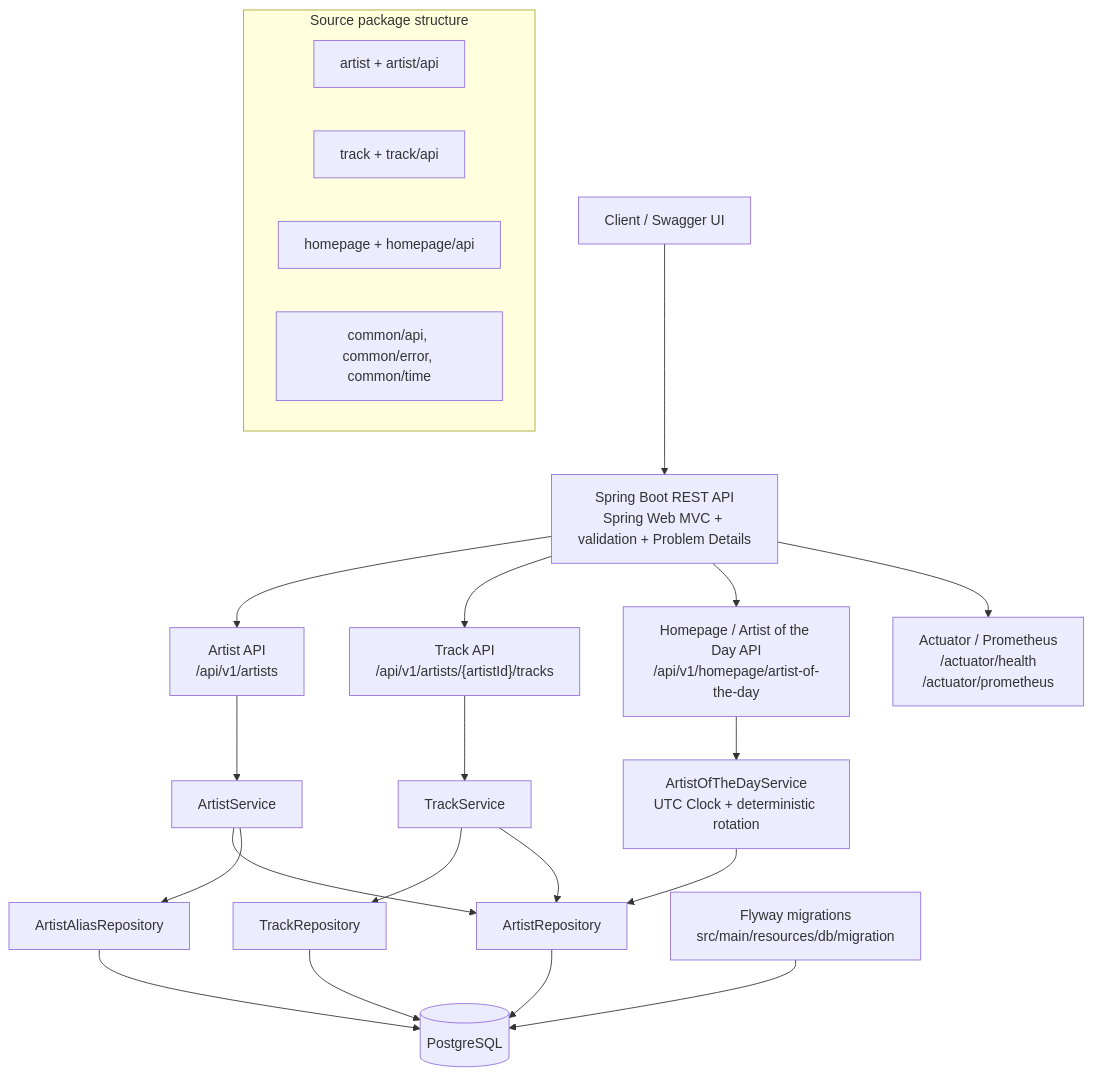
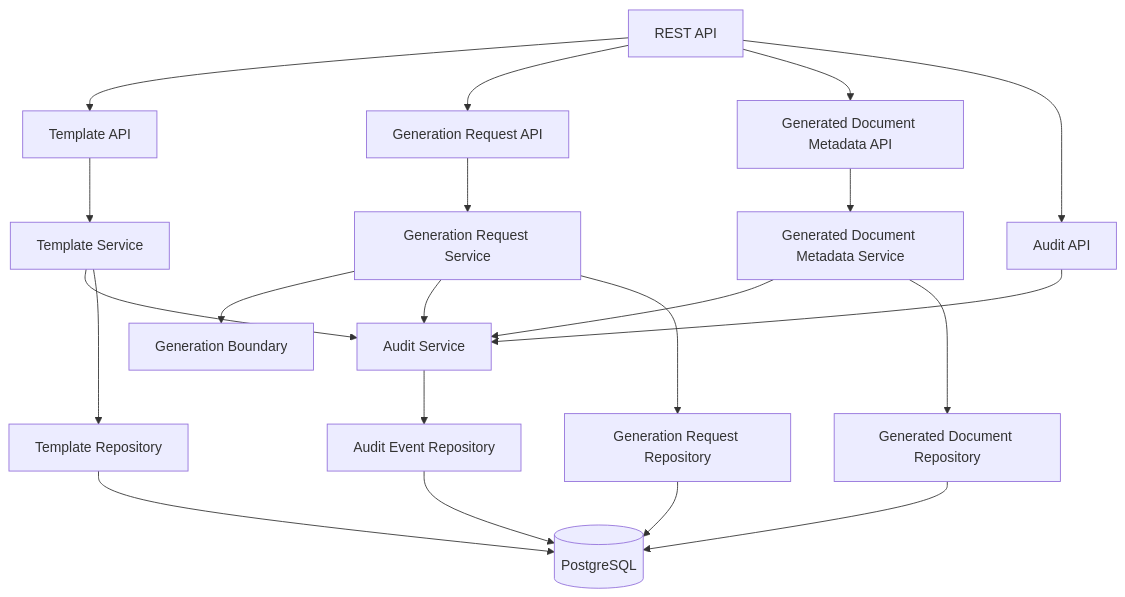
The second of 6 diagrams in docs/DIAGRAMS.md (jadelomeiri/document-generator-service), drawn with Mermaid before and after one commit. The commit also changed other lines of this file and 11 other files, not shown here.

````diff
--- a/docs/DIAGRAMS.md
+++ b/docs/DIAGRAMS.md
@@ -7,32 +19,27 @@
 ```mermaid
 flowchart TB
-    client["Client / Swagger UI"] --> rest["Spring Boot REST API\nSpring Web MVC + validation + Problem Details"]
+    rest["REST API"] --> templateApi["Template API"]
+    rest --> requestApi["Generation Request API"]
+    rest --> documentApi["Generated Document Metadata API"]
+    rest --> auditApi["Audit API"]
 
-    rest --> artistApi["Artist API\n/api/v1/artists"]
-    rest --> trackApi["Track API\n/api/v1/artists/{artistId}/tracks"]
-    rest --> homepageApi["Homepage / Artist of the Day API\n/api/v1/homepage/artist-of-the-day"]
-    rest --> actuator["Actuator / Prometheus\n/actuator/health\n/actuator/prometheus"]
+    templateApi --> templateService["Template Service"]
+    requestApi --> requestService["Generation Request Service"]
+    documentApi --> documentService["Generated Document Metadata Service"]
+    auditApi --> auditService["Audit Service"]
 
-    artistApi --> artistService["ArtistService"]
-    trackApi --> trackService["TrackService"]
-    homepageApi --> aotdService["ArtistOfTheDayService\nUTC Clock + deterministic rotation"]
+    requestService --> generationBoundary["Generation Boundary"]
+    requestService --> auditService
+    templateService --> auditService
+    documentService --> auditService
 
-    artistService --> artistRepo["ArtistRepository"]
-    artistService --> aliasRepo["ArtistAliasRepository"]
-    trackService --> trackRepo["TrackRepository"]
-    trackService --> artistRepo
-    aotdService --> artistRepo
+    templateService --> templateRepo["Template Repository"]
+    requestService --> requestRepo["Generation Request Repository"]
+    documentService --> documentRepo["Generated Document Repository"]
+    auditService --> auditRepo["Audit Event Repository"]
 
-    artistRepo --> postgres[("PostgreSQL")]
-    aliasRepo --> postgres
-    trackRepo --> postgres
-
-    flyway["Flyway migrations\nsrc/main/resources/db/migration"] --> postgres
-
-    subgraph packages["Source package structure"]
-        artistPkg["artist + artist/api"]
-        trackPkg["track + track/api"]
-        homepagePkg["homepage + homepage/api"]
-        commonPkg["common/api, common/error, common/time"]
-    end
+    templateRepo --> postgres[("PostgreSQL")]
+    requestRepo --> postgres
+    documentRepo --> postgres
+    auditRepo --> postgres
 ```
````
